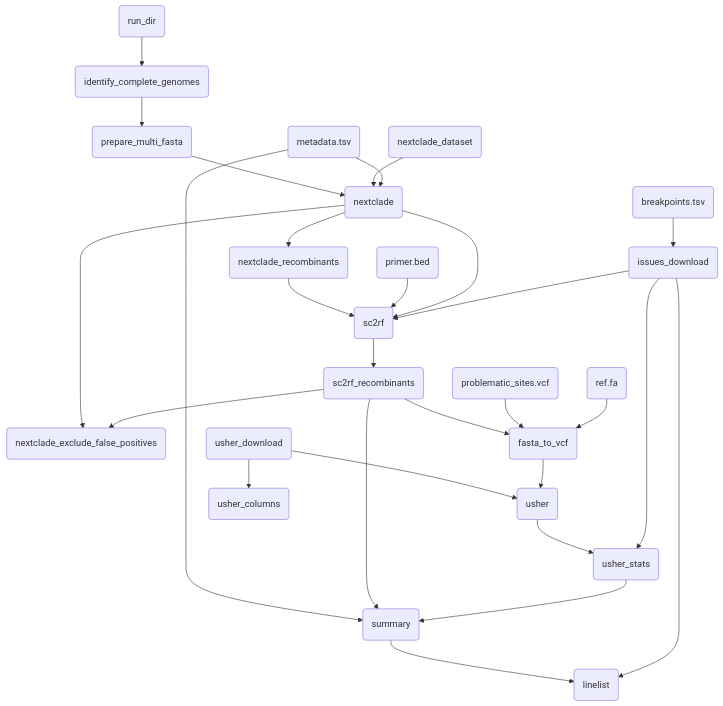
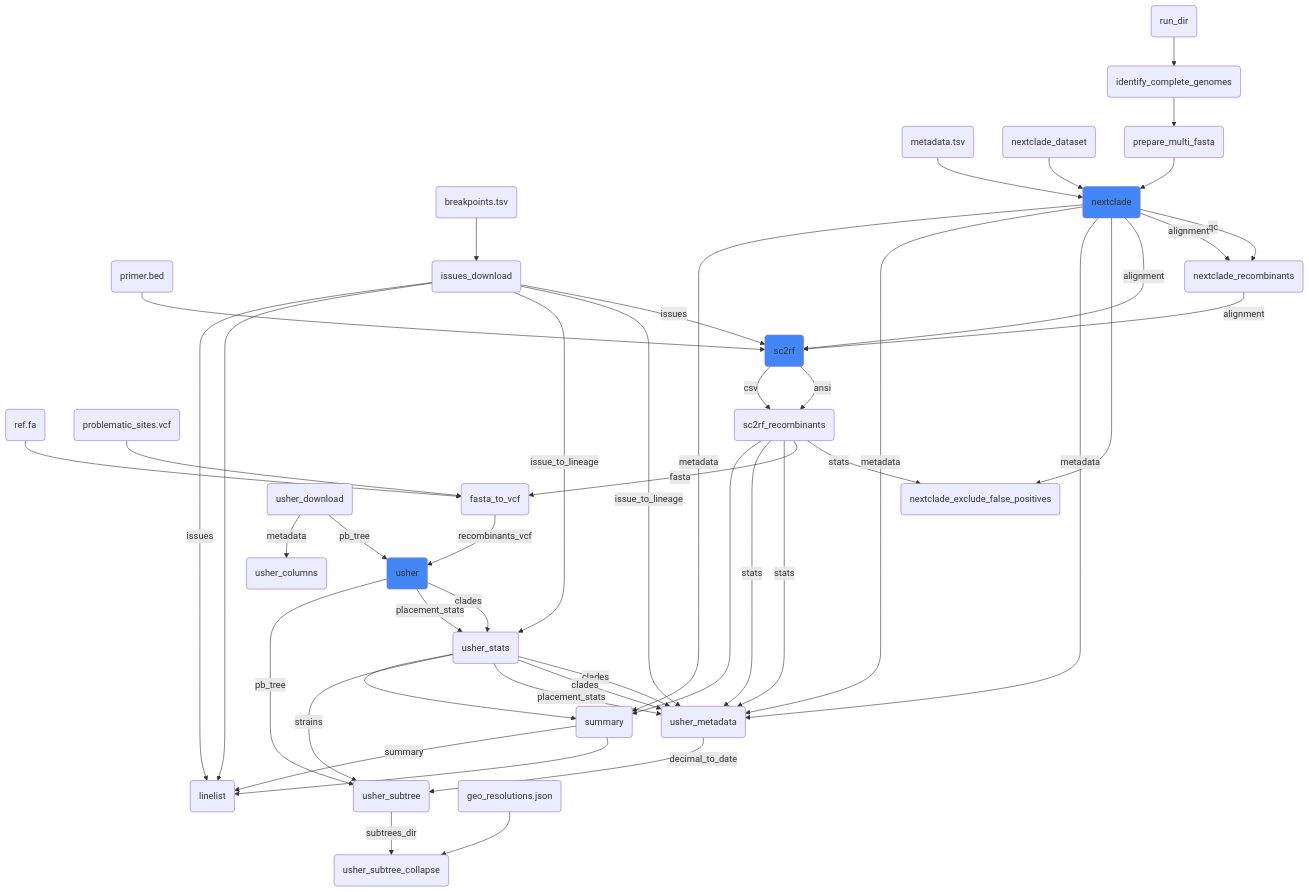
The diagram in README.md (BCCDC-PHL/ncov2019-recombinant-screen), drawn with Mermaid before and after one commit.

Commit message:
Update workflow diagram

````diff
--- a/README.md
+++ b/README.md
@@ -9,36 +9,59 @@
 ```mermaid
 flowchart TD
   ref(ref.fa)
   primers(primer.bed)
   metadata(metadata.tsv)
   problematic_sites(problematic_sites.vcf)
   breakpoints(breakpoints.tsv)
   breakpoints(breakpoints.tsv) --> issues_download(issues_download)
   run_dir(run_dir) --> identify_complete_genomes(identify_complete_genomes)
+  
   nextclade_dataset(nextclade_dataset)
   identify_complete_genomes(identify_complete_genomes) --> prepare_multi_fasta(prepare_multi_fasta)
   prepare_multi_fasta(prepare_multi_fasta) --> nextclade(nextclade)
   nextclade_dataset(nextclade_dataset) --> nextclade(nextclade)
   metadata(metadata.tsv) --> nextclade(nextclade)
-  nextclade(nextclade) --> nextclade_recombinants(nextclade_recombinants)
-  nextclade_recombinants(nextclade_recombinants) --> sc2rf(sc2rf)
+  nextclade(nextclade) -- qc --> nextclade_recombinants(nextclade_recombinants)
+  nextclade(nextclade) -- alignment --> nextclade_recombinants(nextclade_recombinants)
+  nextclade_recombinants(nextclade_recombinants) -- alignment --> sc2rf(sc2rf)
   primers --> sc2rf(sc2rf)
-  sc2rf(sc2rf) --> sc2rf_recombinants(sc2rf_recombinants)
-  nextclade(nextclade) --> sc2rf(sc2rf)
-  issues_download(issues_download) --> sc2rf(sc2rf)
+  sc2rf(sc2rf) -- ansi --> sc2rf_recombinants(sc2rf_recombinants)
+  sc2rf(sc2rf) -- csv --> sc2rf_recombinants(sc2rf_recombinants)
+  nextclade(nextclade) -- alignment --> sc2rf(sc2rf)
+  issues_download(issues_download) -- issues --> sc2rf(sc2rf)
   nextclade(nextclade) --> nextclade_exclude_false_positives(nextclade_exclude_false_positives)
-  sc2rf_recombinants(sc2rf_recombinants) --> nextclade_exclude_false_positives(nextclade_exclude_false_positives)
-  sc2rf_recombinants(sc2rf_recombinants) --> fasta_to_vcf(fasta_to_vcf)
+  sc2rf_recombinants(sc2rf_recombinants) -- stats --> nextclade_exclude_false_positives(nextclade_exclude_false_positives)
+  sc2rf_recombinants(sc2rf_recombinants) -- fasta --> fasta_to_vcf(fasta_to_vcf)
   problematic_sites(problematic_sites.vcf) --> fasta_to_vcf(fasta_to_vcf)
   ref(ref.fa) --> fasta_to_vcf(fasta_to_vcf)
-  usher_download(usher_download) --> usher(usher)
-  usher_download(usher_download) --> usher_columns(usher_columns)
-  fasta_to_vcf(fasta_to_vcf) --> usher(usher)
-  usher(usher) --> usher_stats(usher_stats)
-  issues_download(issues_download) --> usher_stats(usher_stats)
-  metadata(metadata.tsv) --> summary(summary)
+  usher_download(usher_download) -- pb_tree --> usher(usher)
+  usher_download(usher_download) -- metadata --> usher_columns(usher_columns)
+  fasta_to_vcf(fasta_to_vcf) -- recombinants_vcf --> usher(usher)
+  usher(usher) -- clades --> usher_stats(usher_stats)
+  usher(usher) -- placement_stats --> usher_stats(usher_stats)
+  nextclade(nextclade) -- metadata --> usher_metadata(usher_metadata)
+  sc2rf_recombinants(sc2rf_recombinants) -- stats --> usher_metadata(usher_metadata)
+  usher_stats(usher_stats) -- clades --> usher_metadata(usher_metadata)
+  nextclade(nextclade) -- metadata --> usher_metadata(usher_metadata)
+  sc2rf_recombinants(sc2rf_recombinants) -- stats --> usher_metadata(usher_metadata)
+  usher_stats(usher_stats) -- clades --> usher_metadata(usher_metadata)
+  usher_stats(usher_stats) -- placement_stats --> usher_metadata(usher_metadata)
+  issues_download(issues_download) -- issue_to_lineage --> usher_metadata(usher_metadata)
+  usher(usher) -- pb_tree --> usher_subtree(usher_subtree)
+  usher_stats(usher_stats) -- strains --> usher_subtree(usher_subtree)
+  usher_metadata(usher_metadata) -- decimal_to_date --> usher_subtree(usher_subtree)
+  issues_download(issues_download) -- issue_to_lineage--> usher_stats(usher_stats)
+  nextclade(nextclade) -- metadata --> summary(summary)
   sc2rf_recombinants(sc2rf_recombinants) --> summary(summary)
   usher_stats(usher_stats) --> summary(summary)
   summary(summary) --> linelist(linelist)
   issues_download(issues_download) --> linelist(linelist)
+  geo_resolutions(geo_resolutions.json) --> usher_subtree_collapse(usher_subtree_collapse)
+  usher_subtree(usher_subtree) -- subtrees_dir --> usher_subtree_collapse(usher_subtree_collapse)
+  summary(summary) -- summary --> linelist(linelist)
+  issues_download(issues_download) -- issues --> linelist(linelist)
+  
+  style nextclade fill:#4287f5
+  style usher fill:#4287f5
+  style sc2rf fill:#4287f5
 ```
````
